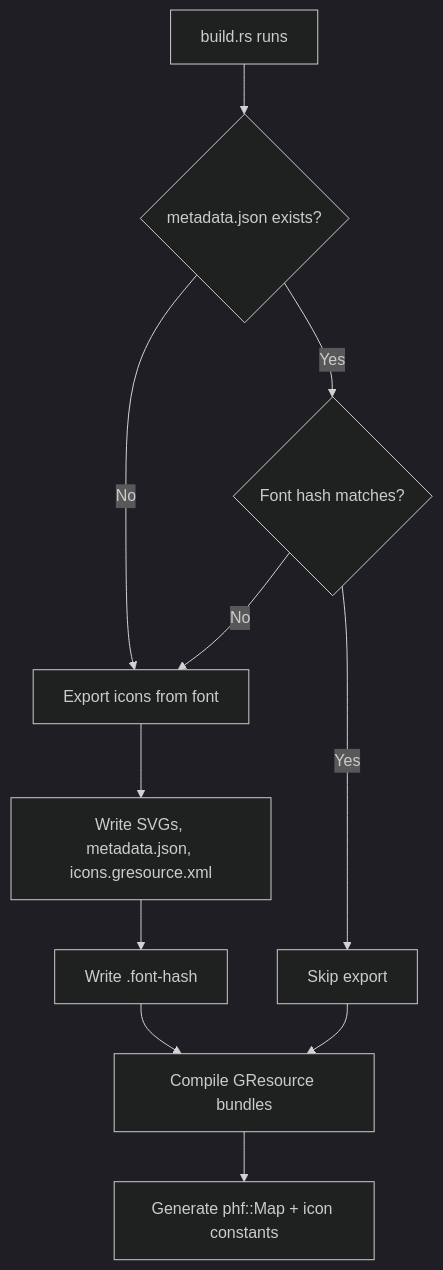
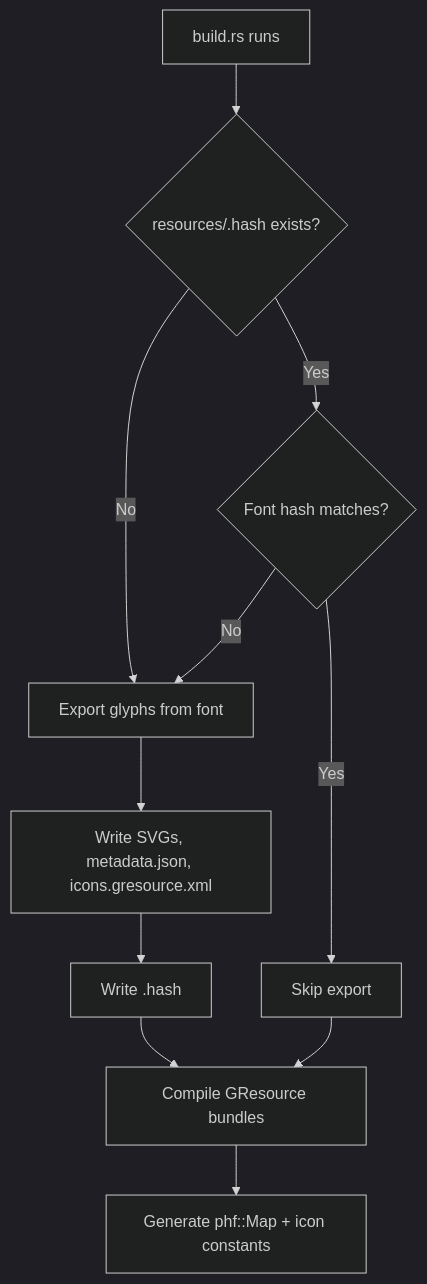
The diagram in book/src/icon-export.md (smearor/fonts-rs), drawn with Mermaid (dark theme) before and after one commit. The commit also changed other lines of this file and 11 other files, not shown here.

````diff
--- a/book/src/icon-export.md
+++ b/book/src/icon-export.md
@@ -13,13 +13,13 @@
 ```mermaid
 flowchart TD
-    A["build.rs runs"] --> B{"metadata.json exists?"}
-    B -->|No| D["Export icons from font"]
+    A["build.rs runs"] --> B{"resources/.hash exists?"}
+    B -->|No| D["Export glyphs from font"]
     B -->|Yes| C{"Font hash matches?"}
     C -->|No| D
     C -->|Yes| E["Skip export"]
     D --> F["Write SVGs, metadata.json, icons.gresource.xml"]
-    F --> G["Write .font-hash"]
+    F --> G["Write .hash"]
     E --> H["Compile GResource bundles"]
     G --> H
     H --> I["Generate phf::Map + icon constants"]
 ```
````
